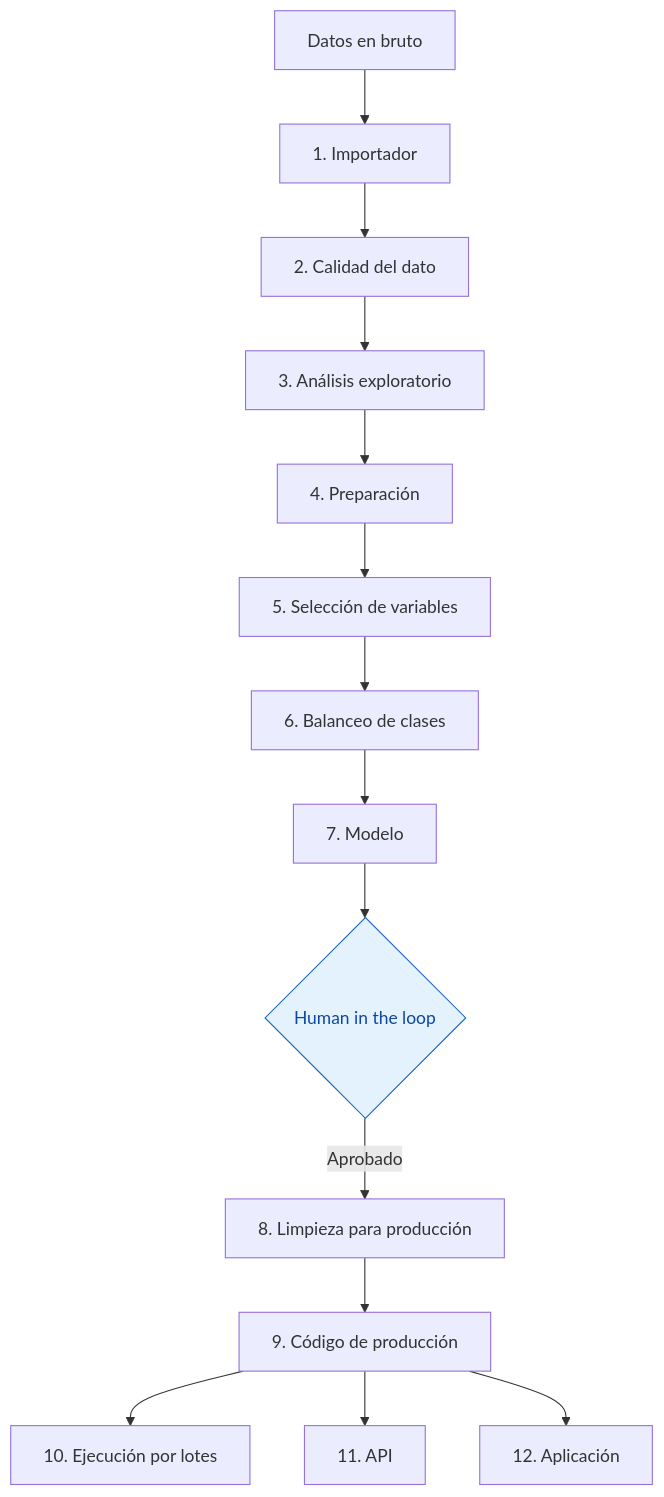
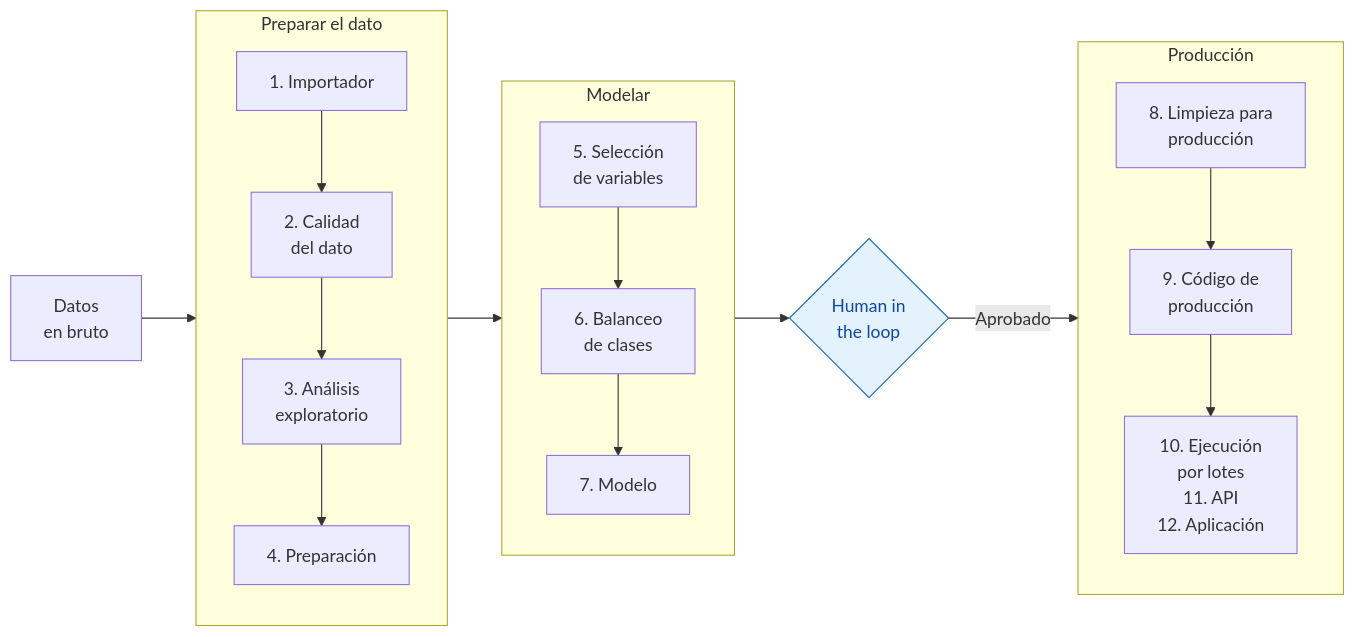
Before and after one commit to jleonceo/portfolio-juan-luis: the third of 3 diagrams in README.md, drawn with Mermaid. The commit also changed other lines of this file and 1 other file, not shown here.

Commit message:
Esquemas: la factura y el análisis de datos pasan a horizontal
Los dos esquemas largos ocupaban más de una pantalla cada uno. Ahora van
de izquierda a derecha, con los pasos agrupados en columnas.

````diff
--- a/README.md
+++ b/README.md
@@ -83,18 +85,25 @@
 ```mermaid
-flowchart TD
-    D[Datos en bruto] --> A1[1. Importador]
-    A1 --> A2[2. Calidad del dato]
-    A2 --> A3[3. Análisis exploratorio]
-    A3 --> A4[4. Preparación]
-    A4 --> A5[5. Selección de variables]
-    A5 --> A6[6. Balanceo de clases]
-    A6 --> A7[7. Modelo]
-    A7 --> P{Human in the loop}
-    P -->|Aprobado| A8[8. Limpieza para producción]
-    A8 --> A9[9. Código de producción]
-    A9 --> A10[10. Ejecución por lotes]
-    A9 --> A11[11. API]
-    A9 --> A12[12. Aplicación]
+flowchart LR
+    D[Datos<br/>en bruto] --> F1
+    subgraph F1[Preparar el dato]
+        direction TB
+        A1[1. Importador] --> A2[2. Calidad<br/>del dato]
+        A2 --> A3[3. Análisis<br/>exploratorio]
+        A3 --> A4[4. Preparación]
+    end
+    subgraph F2[Modelar]
+        direction TB
+        A5[5. Selección<br/>de variables] --> A6[6. Balanceo<br/>de clases]
+        A6 --> A7[7. Modelo]
+    end
+    subgraph F3[Producción]
+        direction TB
+        A8[8. Limpieza para<br/>producción] --> A9[9. Código de<br/>producción]
+        A9 --> A10[10. Ejecución<br/>por lotes<br/>11. API<br/>12. Aplicación]
+    end
+    F1 --> F2
+    F2 --> P{Human in<br/>the loop}
+    P -->|Aprobado| F3
 
     style P fill:#e3f2fd,stroke:#1565c0,color:#0d47a1
 ```
````
